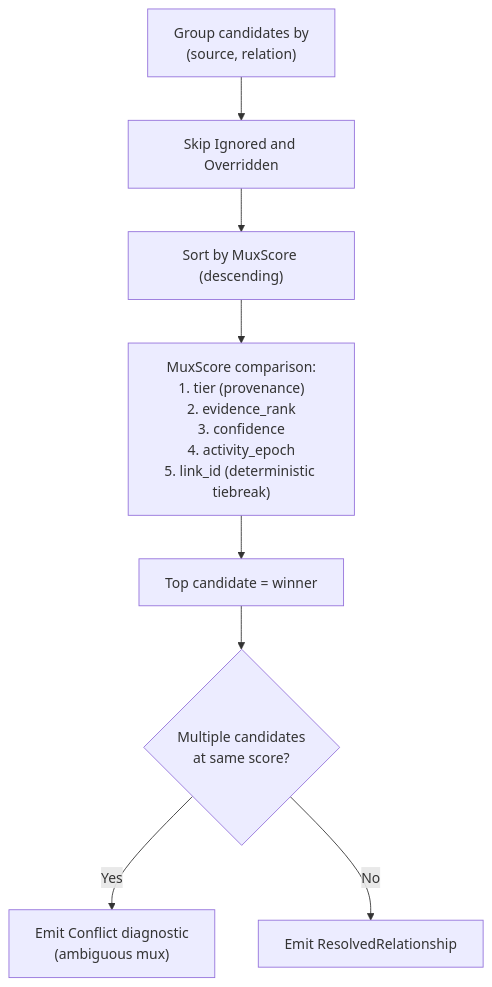
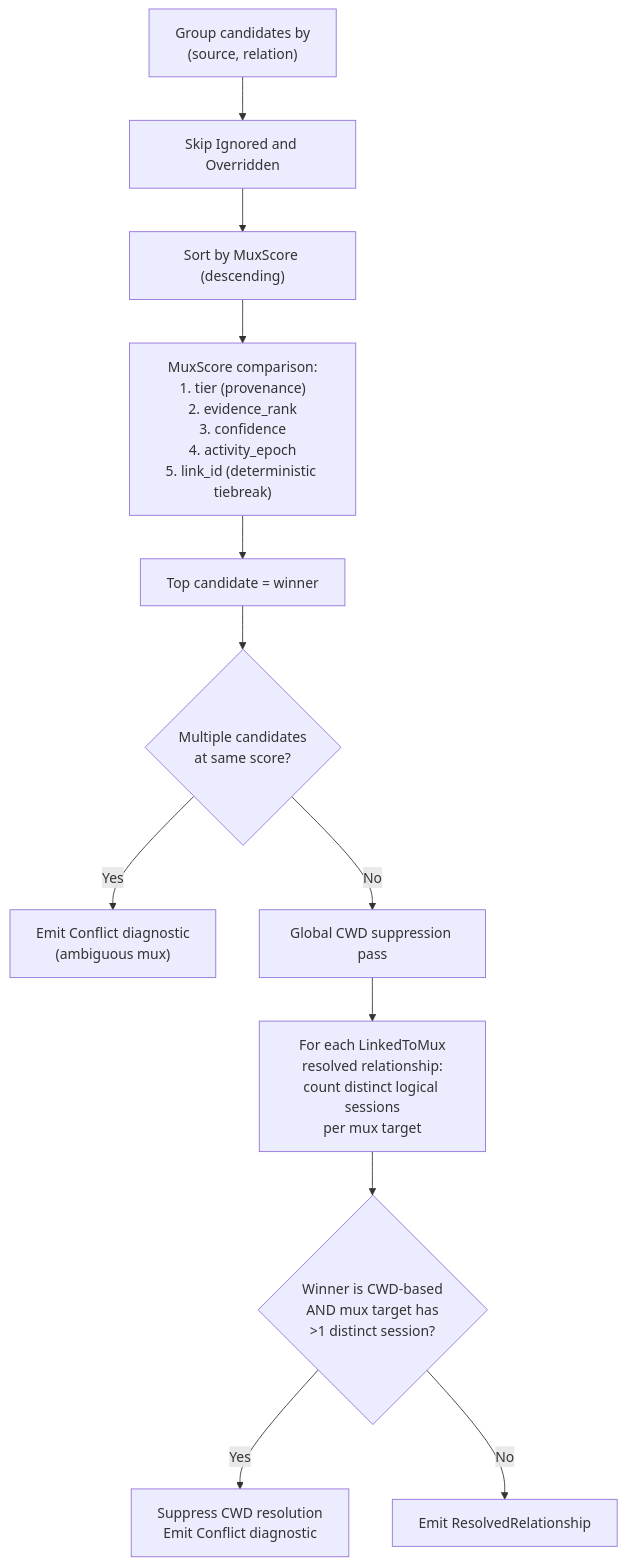
Before and after one commit to malloc47/conspectus: the fourth of 4 diagrams in docs/mux-link-resolution.md, drawn with Mermaid. The commit also changed other lines of this file and 2 other files, not shown here.

First line of the commit message:
fix(resolve): suppress ambiguous CWD mux links at resolution time

````diff
--- a/docs/mux-link-resolution.md
+++ b/docs/mux-link-resolution.md
@@ -104,13 +99,19 @@
 ```mermaid
 flowchart TD
     GROUP["Group candidates by<br/>(source, relation)"] --> FILTER["Skip Ignored and Overridden"]
     FILTER --> SORT["Sort by MuxScore (descending)"]
 
     SORT --> SCORE["MuxScore comparison:<br/>1. tier (provenance)<br/>2. evidence_rank<br/>3. confidence<br/>4. activity_epoch<br/>5. link_id (deterministic tiebreak)"]
 
     SCORE --> PICK["Top candidate = winner"]
     PICK --> CHECK{"Multiple candidates<br/>at same score?"}
 
     CHECK -->|"Yes"| CONFLICT["Emit Conflict diagnostic<br/>(ambiguous mux)"]
-    CHECK -->|"No"| RESOLVE["Emit ResolvedRelationship"]
+    CHECK -->|"No"| SUPPRESS["Global CWD suppression pass"]
+
+    SUPPRESS --> COUNT["For each LinkedToMux<br/>resolved relationship:<br/>count distinct logical sessions<br/>per mux target"]
+    COUNT --> CWD_CHECK{"Winner is CWD-based<br/>AND mux target has<br/>&gt;1 distinct session?"}
+
+    CWD_CHECK -->|"Yes"| REMOVE["Suppress CWD resolution<br/>Emit Conflict diagnostic"]
+    CWD_CHECK -->|"No"| RESOLVE["Emit ResolvedRelationship"]
 ```
````
